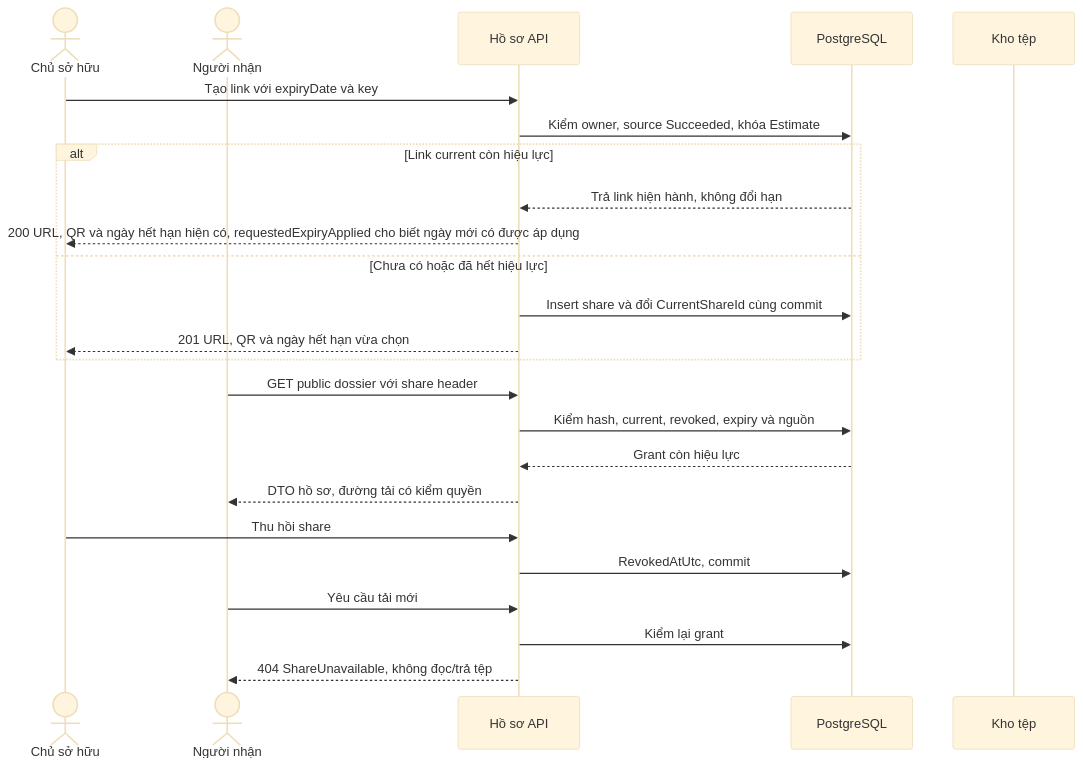
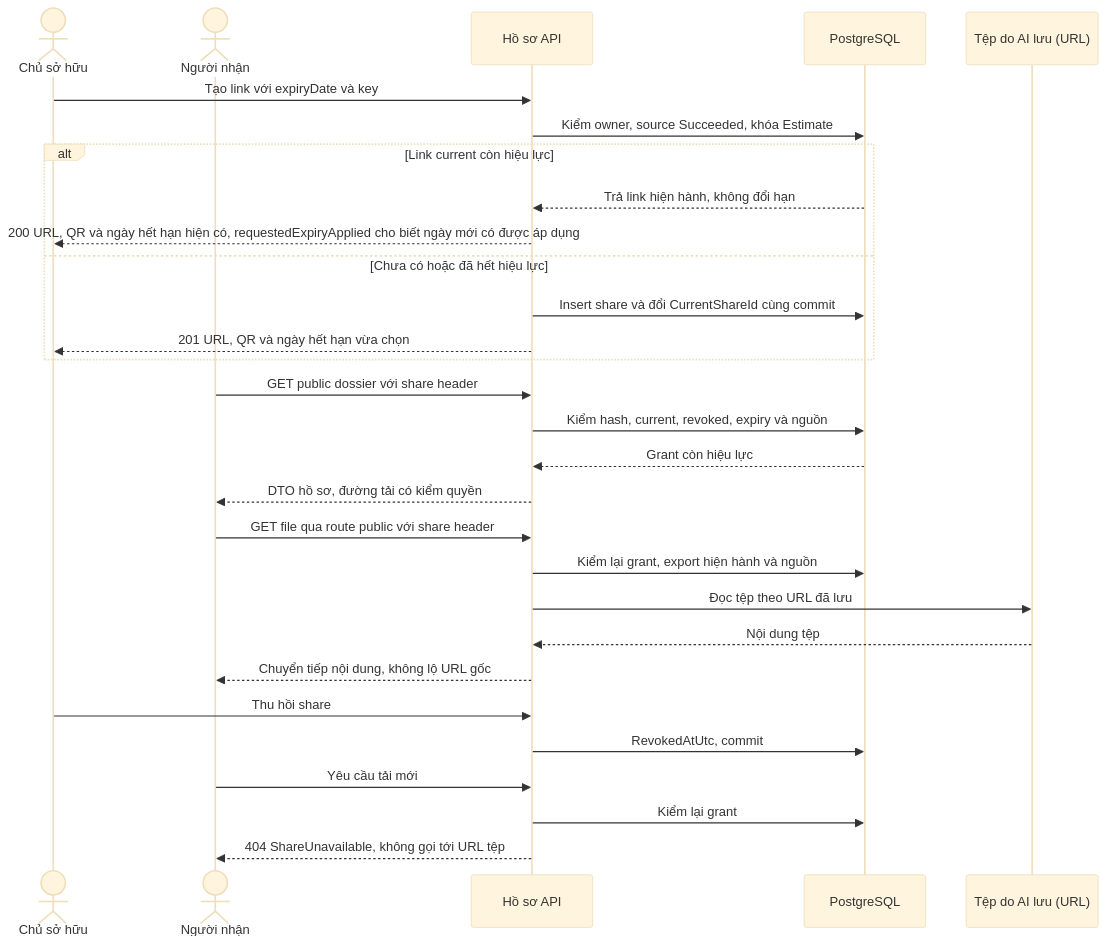
Before and after one commit to TaskCoper/bmt-documentation: the second of 5 diagrams in tdd/TDD-PROJ-003.md, drawn with Mermaid (base theme). The commit also changed other lines of this file and 25 other files, not shown here.

First line of the commit message:
docs: trả nợ tài liệu sau đợt 2 (CSRF, lưu URL cho PROJ/LIB, SUB, RBAC, PAY)

````diff
--- a/tdd/TDD-PROJ-003.md
+++ b/tdd/TDD-PROJ-003.md
@@ -134,26 +142,31 @@
 ```mermaid
 sequenceDiagram
     actor O as Chủ sở hữu
     actor V as Người nhận
     participant API as Hồ sơ API
     participant DB as PostgreSQL
-    participant S as Kho tệp
+    participant S as Tệp do AI lưu (URL)
     O->>API: Tạo link với expiryDate và key
     API->>DB: Kiểm owner, source Succeeded, khóa Estimate
     alt Link current còn hiệu lực
       DB-->>API: Trả link hiện hành, không đổi hạn
       API-->>O: 200 URL, QR và ngày hết hạn hiện có, requestedExpiryApplied cho biết ngày mới có được áp dụng
     else Chưa có hoặc đã hết hiệu lực
       API->>DB: Insert share và đổi CurrentShareId cùng commit
       API-->>O: 201 URL, QR và ngày hết hạn vừa chọn
     end
     V->>API: GET public dossier với share header
     API->>DB: Kiểm hash, current, revoked, expiry và nguồn
     DB-->>API: Grant còn hiệu lực
     API-->>V: DTO hồ sơ, đường tải có kiểm quyền
+    V->>API: GET file qua route public với share header
+    API->>DB: Kiểm lại grant, export hiện hành và nguồn
+    API->>S: Đọc tệp theo URL đã lưu
+    S-->>API: Nội dung tệp
+    API-->>V: Chuyển tiếp nội dung, không lộ URL gốc
     O->>API: Thu hồi share
     API->>DB: RevokedAtUtc, commit
     V->>API: Yêu cầu tải mới
     API->>DB: Kiểm lại grant
-    API-->>V: 404 ShareUnavailable, không đọc/trả tệp
+    API-->>V: 404 ShareUnavailable, không gọi tới URL tệp
 ```
````
